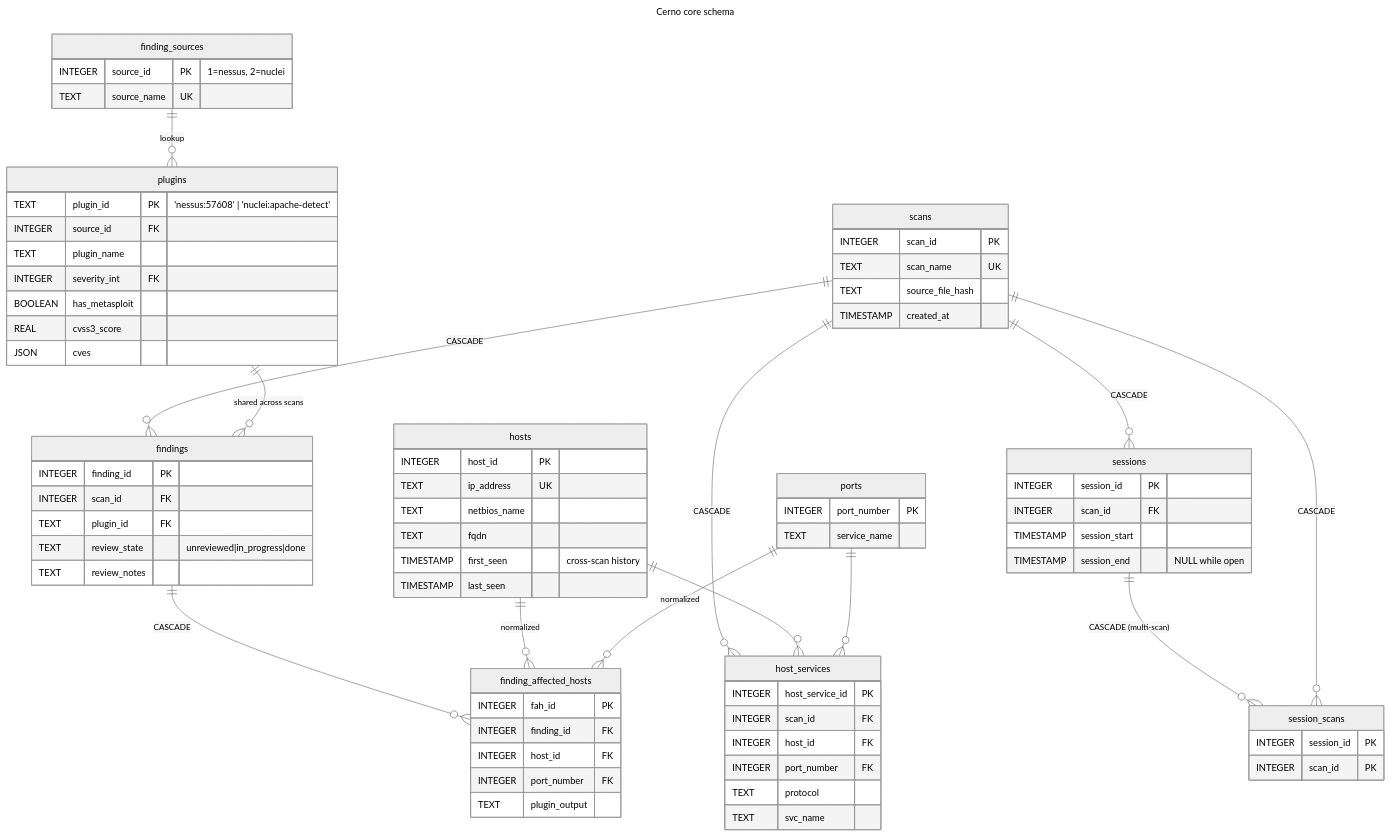
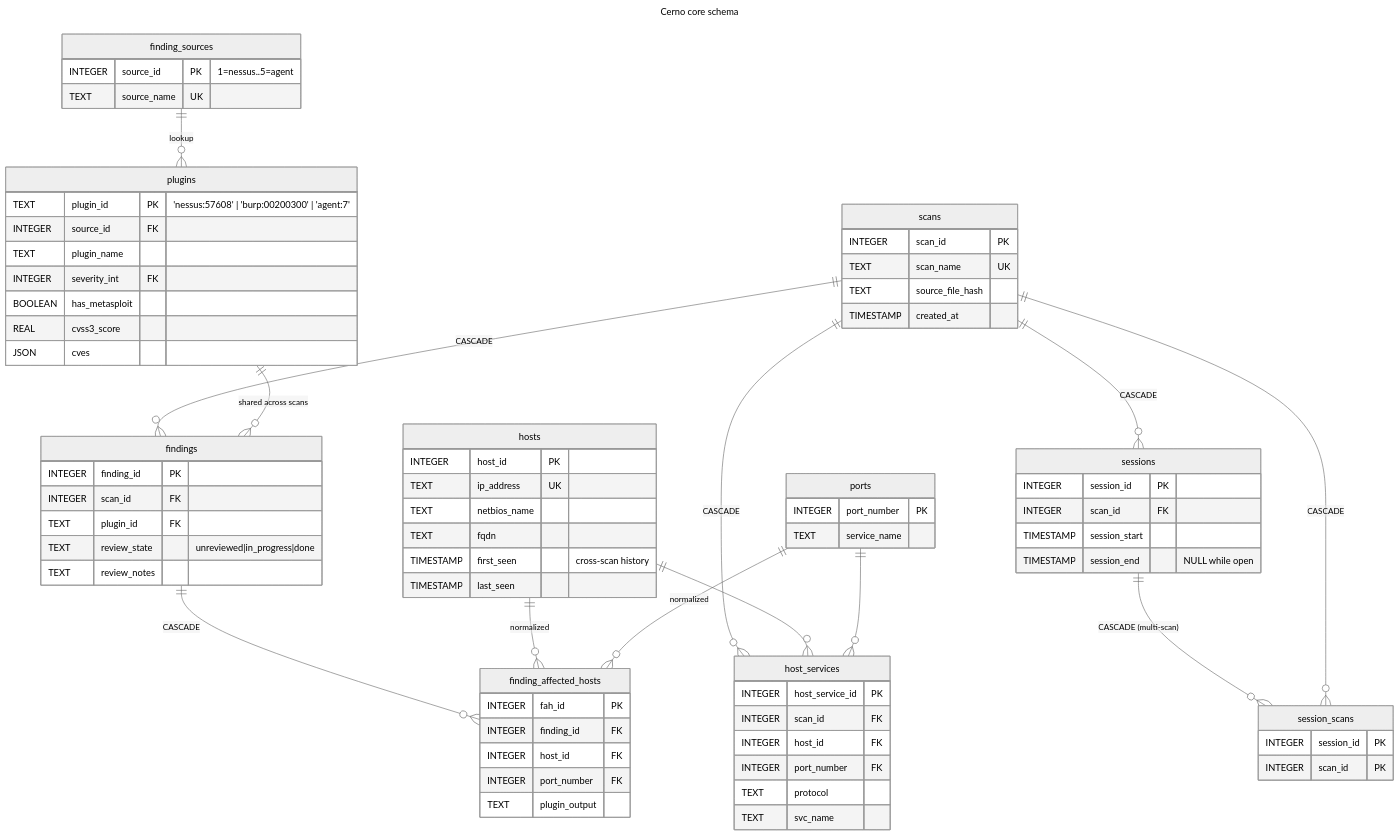
The diagram in docs/diagrams/03-er-core.mmd (ridgebackinfosec/cerno), drawn with Mermaid (neutral theme) before and after one commit. The commit also changed 32 other files, not shown here.

```diff
--- a/docs/diagrams/03-er-core.mmd
+++ b/docs/diagrams/03-er-core.mmd
@@ -1,80 +1,80 @@
 ---
 title: Cerno core schema
 ---
 erDiagram
     scans {
         INTEGER scan_id PK
         TEXT scan_name UK
         TEXT source_file_hash
         TIMESTAMP created_at
     }
     finding_sources {
-        INTEGER source_id PK "1=nessus, 2=nuclei"
+        INTEGER source_id PK "1=nessus..5=agent"
         TEXT source_name UK
     }
     plugins {
-        TEXT plugin_id PK "'nessus:57608' | 'nuclei:apache-detect'"
+        TEXT plugin_id PK "'nessus:57608' | 'burp:00200300' | 'agent:7'"
         INTEGER source_id FK
         TEXT plugin_name
         INTEGER severity_int FK
         BOOLEAN has_metasploit
         REAL cvss3_score
         JSON cves
     }
     findings {
         INTEGER finding_id PK
         INTEGER scan_id FK
         TEXT plugin_id FK
         TEXT review_state "unreviewed|in_progress|done"
         TEXT review_notes
     }
     finding_affected_hosts {
         INTEGER fah_id PK
         INTEGER finding_id FK
         INTEGER host_id FK
         INTEGER port_number FK
         TEXT plugin_output
     }
     hosts {
         INTEGER host_id PK
         TEXT ip_address UK
         TEXT netbios_name
         TEXT fqdn
         TIMESTAMP first_seen "cross-scan history"
         TIMESTAMP last_seen
     }
     ports {
         INTEGER port_number PK
         TEXT service_name
     }
     host_services {
         INTEGER host_service_id PK
         INTEGER scan_id FK
         INTEGER host_id FK
         INTEGER port_number FK
         TEXT protocol
         TEXT svc_name
     }
     sessions {
         INTEGER session_id PK
         INTEGER scan_id FK
         TIMESTAMP session_start
         TIMESTAMP session_end "NULL while open"
     }
     session_scans {
         INTEGER session_id PK
         INTEGER scan_id PK
     }
 
     scans   ||--o{ findings               : "CASCADE"
     plugins ||--o{ findings               : "shared across scans"
     finding_sources ||--o{ plugins        : "lookup"
     findings ||--o{ finding_affected_hosts : "CASCADE"
     hosts   ||--o{ finding_affected_hosts : "normalized"
     ports   ||--o{ finding_affected_hosts : "normalized"
     scans   ||--o{ host_services          : "CASCADE"
     hosts   ||--o{ host_services          : ""
     ports   ||--o{ host_services          : ""
     scans   ||--o{ sessions               : "CASCADE"
     sessions ||--o{ session_scans         : "CASCADE (multi-scan)"
     scans   ||--o{ session_scans          : "CASCADE"
```
